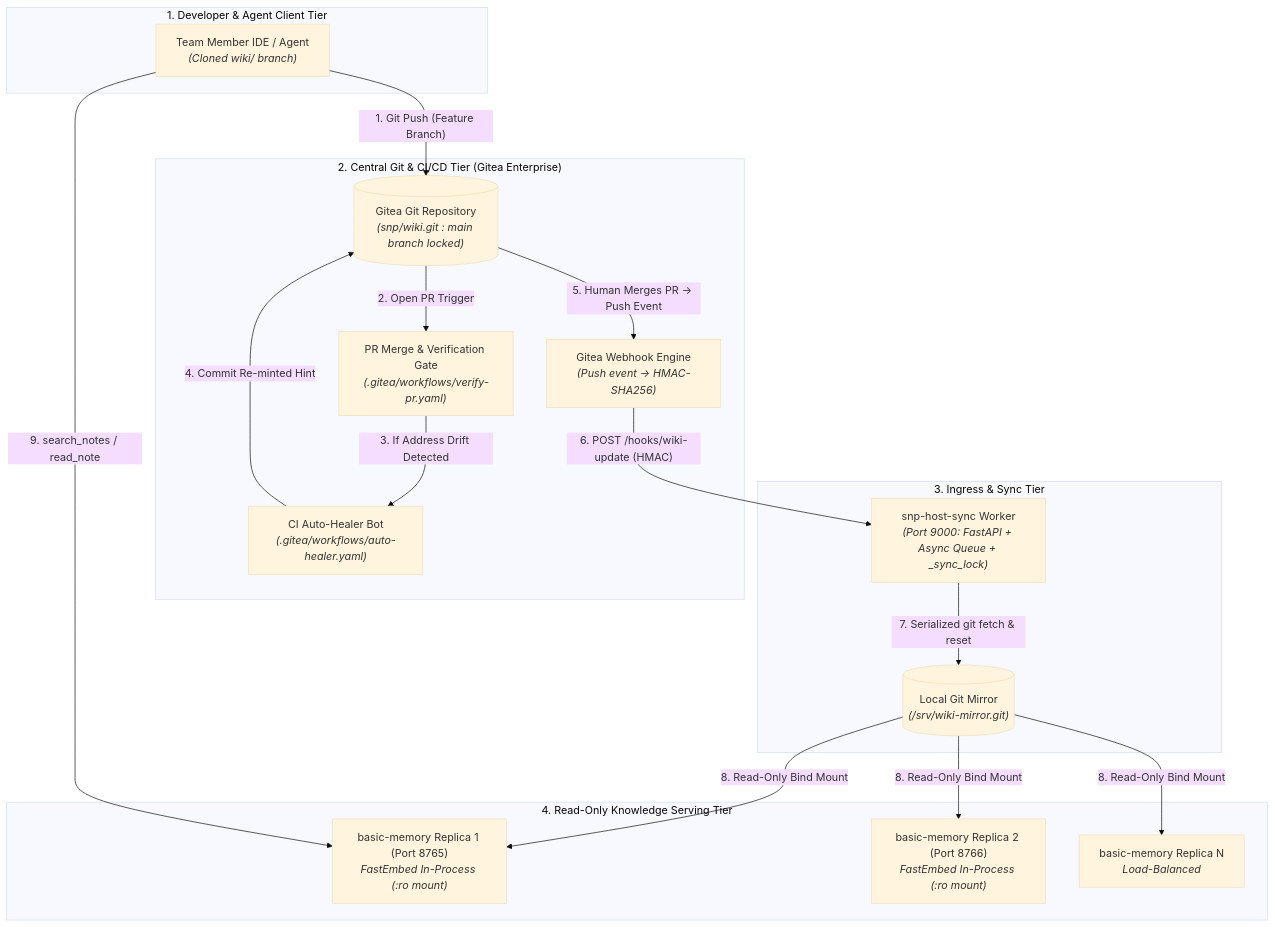
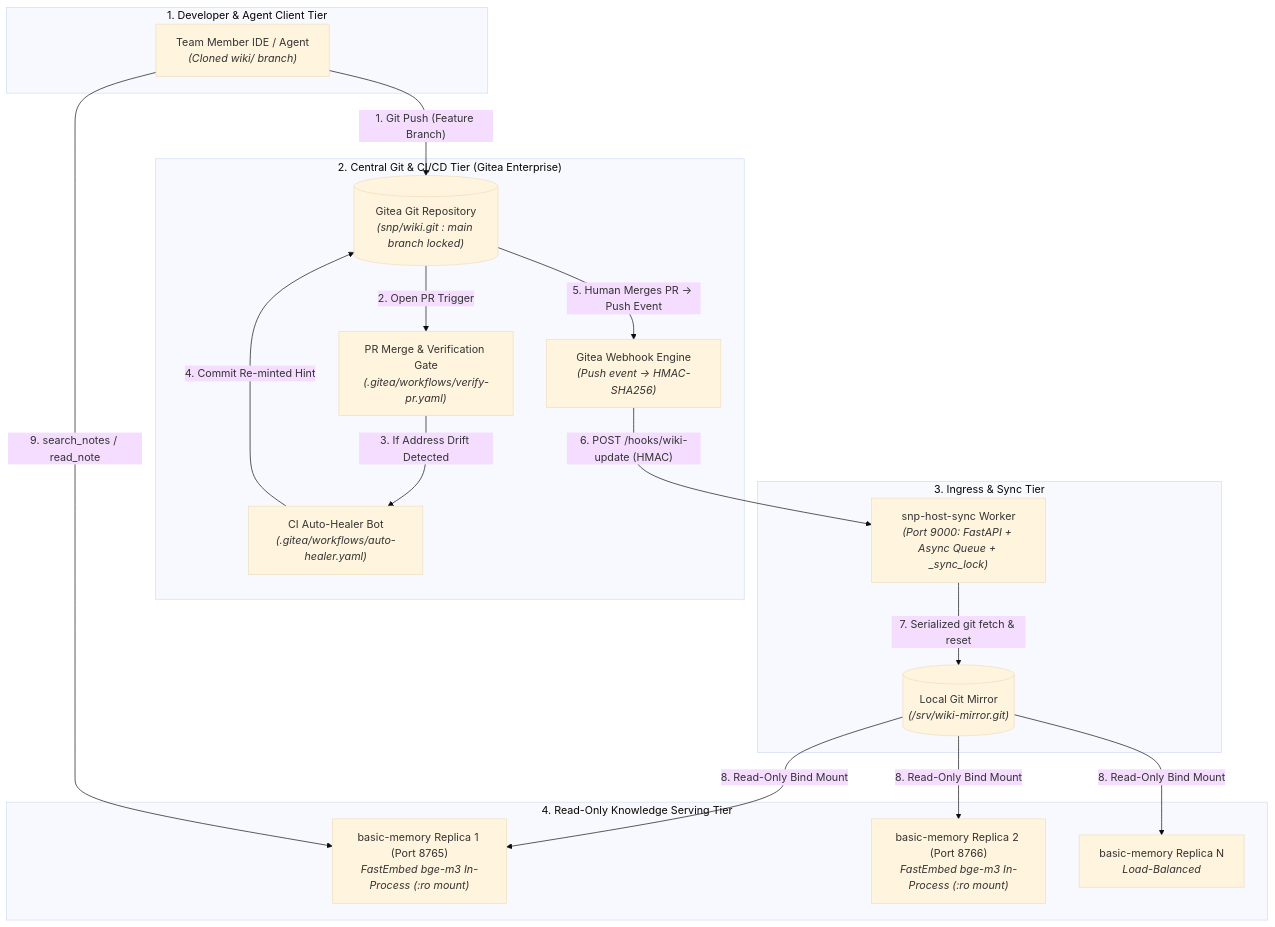
Before and after one commit to saltless-bruh/memory-system: the first of 2 diagrams in docs/proposal/Technical_Blueprint_Enterprise_Knowledge_Vault.md, drawn with Mermaid (base theme). The commit also changed other lines of this file and 108 other files, not shown here.

````diff
--- a/docs/proposal/Technical_Blueprint_Enterprise_Knowledge_Vault.md
+++ b/docs/proposal/Technical_Blueprint_Enterprise_Knowledge_Vault.md
@@ -24,34 +28,34 @@
 ```mermaid
 graph TD
     subgraph Client_Tier ["1. Developer & Agent Client Tier"]
         Dev["Team Member IDE / Agent<br><i>(Cloned wiki/ branch)</i>"]
     end
 
     subgraph VCS_Tier ["2. Central Git & CI/CD Tier (Gitea Enterprise)"]
         GiteaRepo[("Gitea Git Repository<br><i>(snp/wiki.git : main branch locked)</i>")]
         PRGate["PR Merge & Verification Gate<br><i>(.gitea/workflows/verify-pr.yaml)</i>"]
         CIHealer["CI Auto-Healer Bot<br><i>(.gitea/workflows/auto-healer.yaml)</i>"]
         Webhook["Gitea Webhook Engine<br><i>(Push event -> HMAC-SHA256)</i>"]
     end
 
     subgraph Sync_Tier ["3. Ingress & Sync Tier"]
         HostSync["snp-host-sync Worker<br><i>(Port 9000: FastAPI + Async Queue + _sync_lock)</i>"]
         BareMirror[("Local Git Mirror<br><i>(/srv/wiki-mirror.git)</i>")]
     end
 
     subgraph Service_Tier ["4. Read-Only Knowledge Serving Tier"]
-        BM1["basic-memory Replica 1 (Port 8765)<br><i>FastEmbed In-Process (:ro mount)</i>"]
-        BM2["basic-memory Replica 2 (Port 8766)<br><i>FastEmbed In-Process (:ro mount)</i>"]
+        BM1["basic-memory Replica 1 (Port 8765)<br><i>FastEmbed bge-m3 In-Process (:ro mount)</i>"]
+        BM2["basic-memory Replica 2 (Port 8766)<br><i>FastEmbed bge-m3 In-Process (:ro mount)</i>"]
         BMN["basic-memory Replica N<br><i>Load-Balanced</i>"]
     end
 
     Dev -- "1. Git Push (Feature Branch)" --> GiteaRepo
     GiteaRepo -- "2. Open PR Trigger" --> PRGate
     PRGate -- "3. If Address Drift Detected" --> CIHealer
     CIHealer -- "4. Commit Re-minted Hint" --> GiteaRepo
     GiteaRepo -- "5. Human Merges PR -> Push Event" --> Webhook
     Webhook -- "6. POST /hooks/wiki-update (HMAC)" --> HostSync
     HostSync -- "7. Serialized git fetch & reset" --> BareMirror
     BareMirror -- "8. Read-Only Bind Mount" --> BM1 & BM2 & BMN
     Dev -- "9. search_notes / read_note" --> BM1
 ```
````
